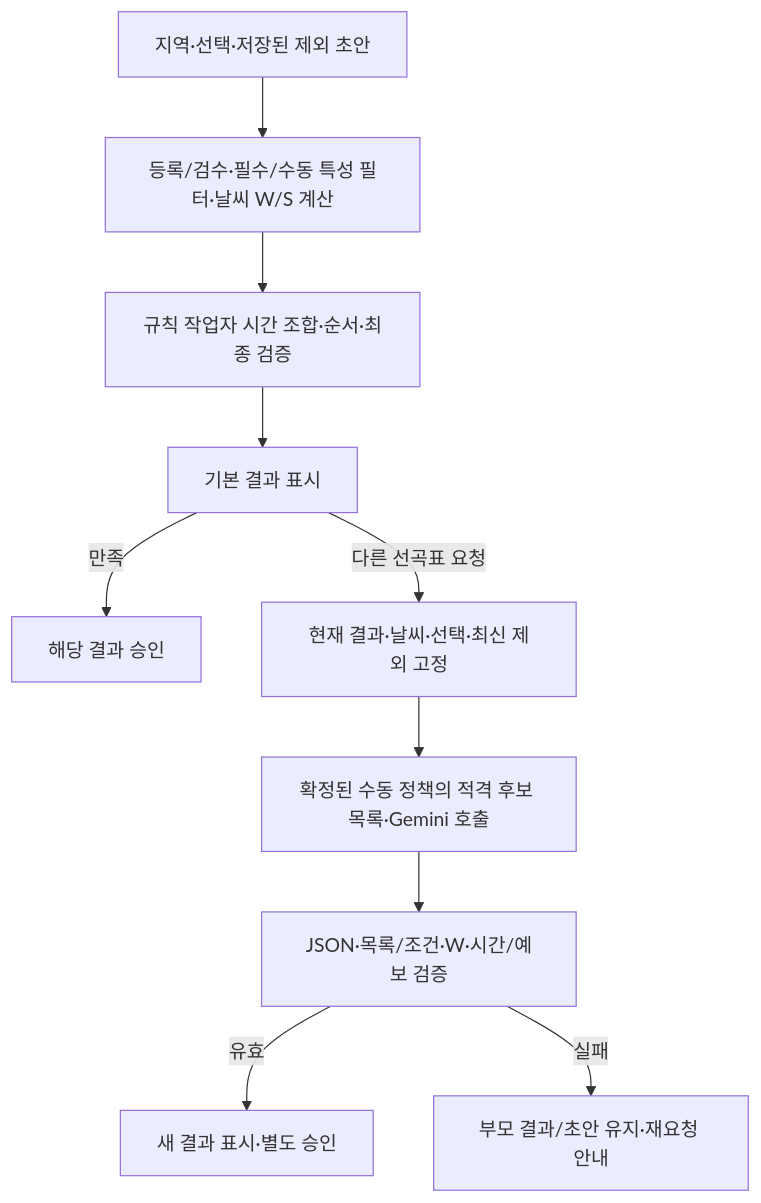
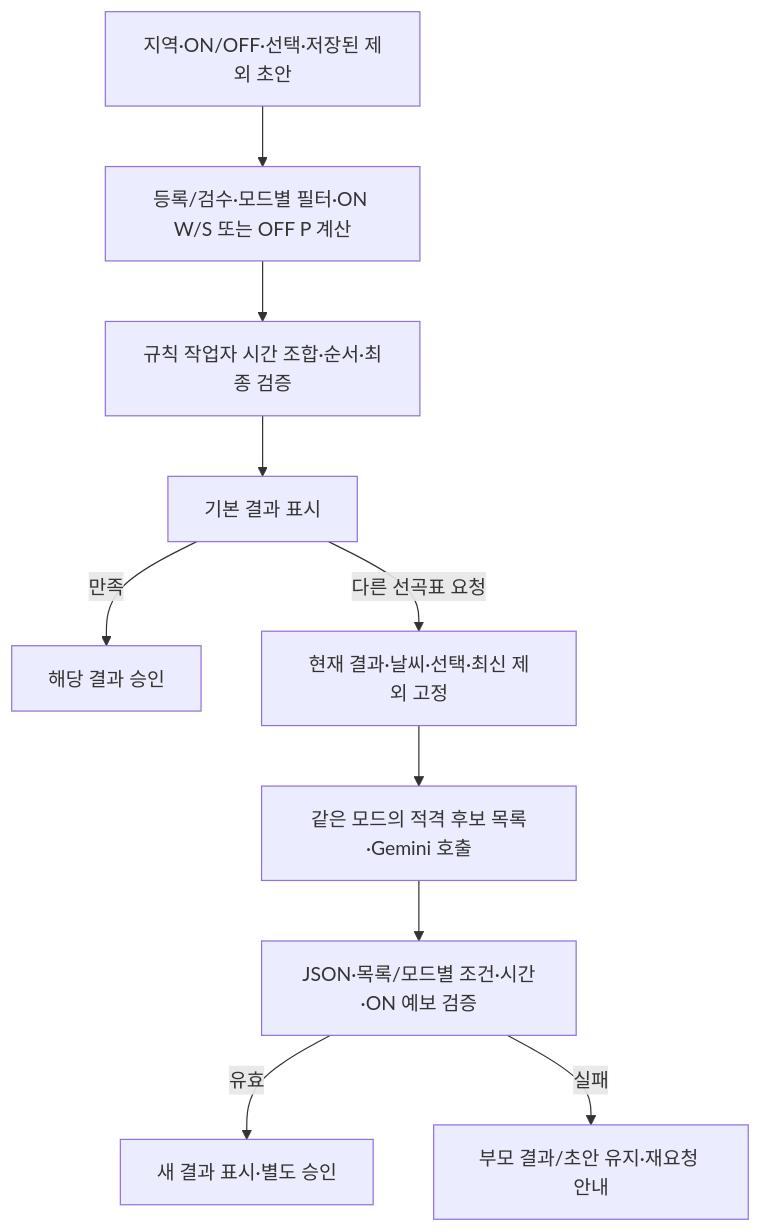
One commit to encore-ai-campus/mlo-01-p3-team1 changed the diagram in docs/product/카페_음악_서비스_3차_Gemini_API_추천_설계.md. Above: the diagram before and after it, drawn with Mermaid. The commit also changed other lines of this file and 52 other files, not shown here.

````diff
--- a/docs/product/카페_음악_서비스_3차_Gemini_API_추천_설계.md
+++ b/docs/product/카페_음악_서비스_3차_Gemini_API_추천_설계.md
@@ -37,12 +37,12 @@
 ```mermaid
 flowchart TD
-    A[지역·선택·저장된 제외 초안] --> B[등록/검수·필수/수동 특성 필터·날씨 W/S 계산]
+    A[지역·ON/OFF·선택·저장된 제외 초안] --> B[등록/검수·모드별 필터·ON W/S 또는 OFF P 계산]
     B --> C[규칙 작업자 시간 조합·순서·최종 검증]
     C --> D[기본 결과 표시]
     D -->|만족| E[해당 결과 승인]
     D -->|다른 선곡표 요청| F[현재 결과·날씨·선택·최신 제외 고정]
-    F --> G[확정된 수동 정책의 적격 후보 목록·Gemini 호출]
-    G --> H[JSON·목록/조건·W·시간/예보 검증]
+    F --> G[같은 모드의 적격 후보 목록·Gemini 호출]
+    G --> H[JSON·목록/모드별 조건·시간·ON 예보 검증]
     H -->|유효| I[새 결과 표시·별도 승인]
     H -->|실패| J[부모 결과/초안 유지·재요청 안내]
 ```
````
